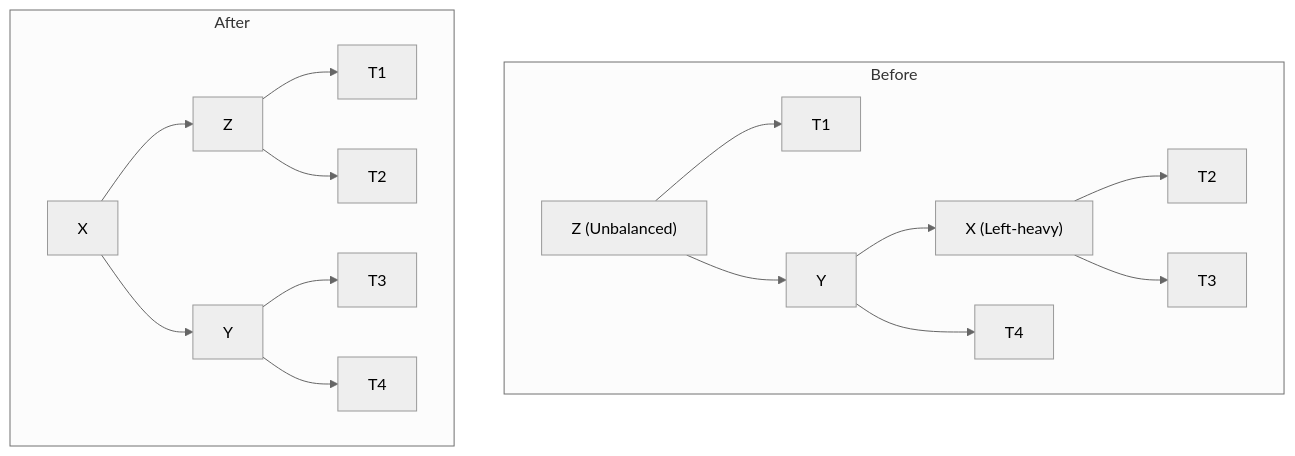
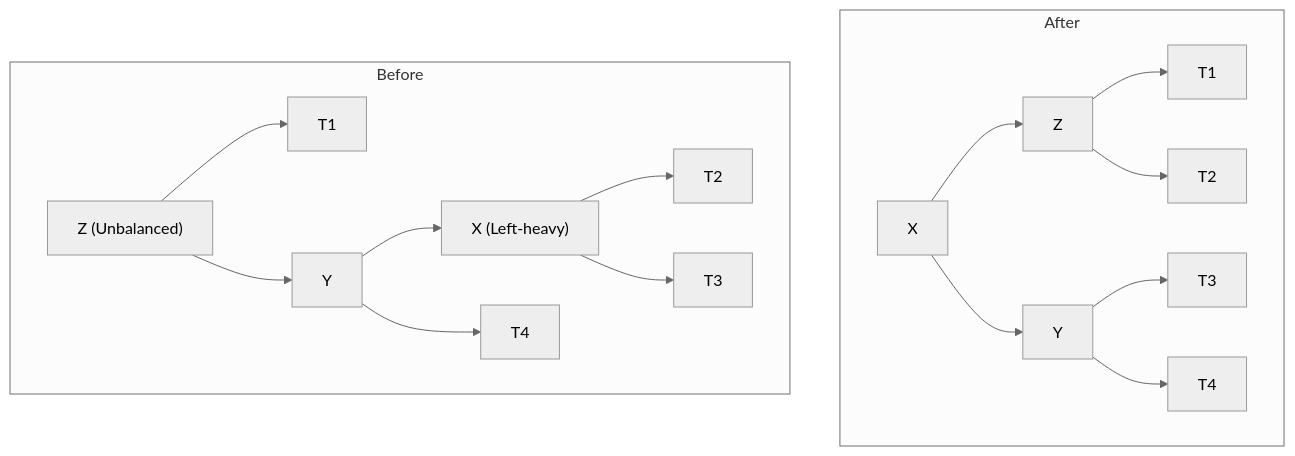
Before and after one commit to nitinkc/nitinkc.github.io: the fourth of 4 diagrams in _posts/Algo/trees/2025-01-20-avl-tree.md, drawn with Mermaid (neutral theme). The commit also changed other lines of this file, not shown here.

````diff
--- a/_posts/Algo/trees/2025-01-20-avl-tree.md
+++ b/_posts/Algo/trees/2025-01-20-avl-tree.md
@@ -78,22 +78,22 @@
 ```mermaid!
 graph TD
+    subgraph After
+        H["X"]
+        H --> I["Z"]
+        H --> J["Y"]
+        I --> K["T1"]
+        I --> L["T2"]
+        J --> M["T3"]
+        J --> N["T4"]
+    end
+    
     subgraph Before
         A["Z (Unbalanced)"]
         A --> B["T1"]
         A --> C["Y"]
         C --> D["X (Left-heavy)"]
         C --> E["T4"]
         D --> F["T2"]
         D --> G["T3"]
     end
-
-    subgraph After
-        H["X"]
-        H --> I["Z"]
-        H --> J["Y"]
-        I --> K["T1"]
-        I --> L["T2"]
-        J --> M["T3"]
-        J --> N["T4"]
-    end
 ```
````
